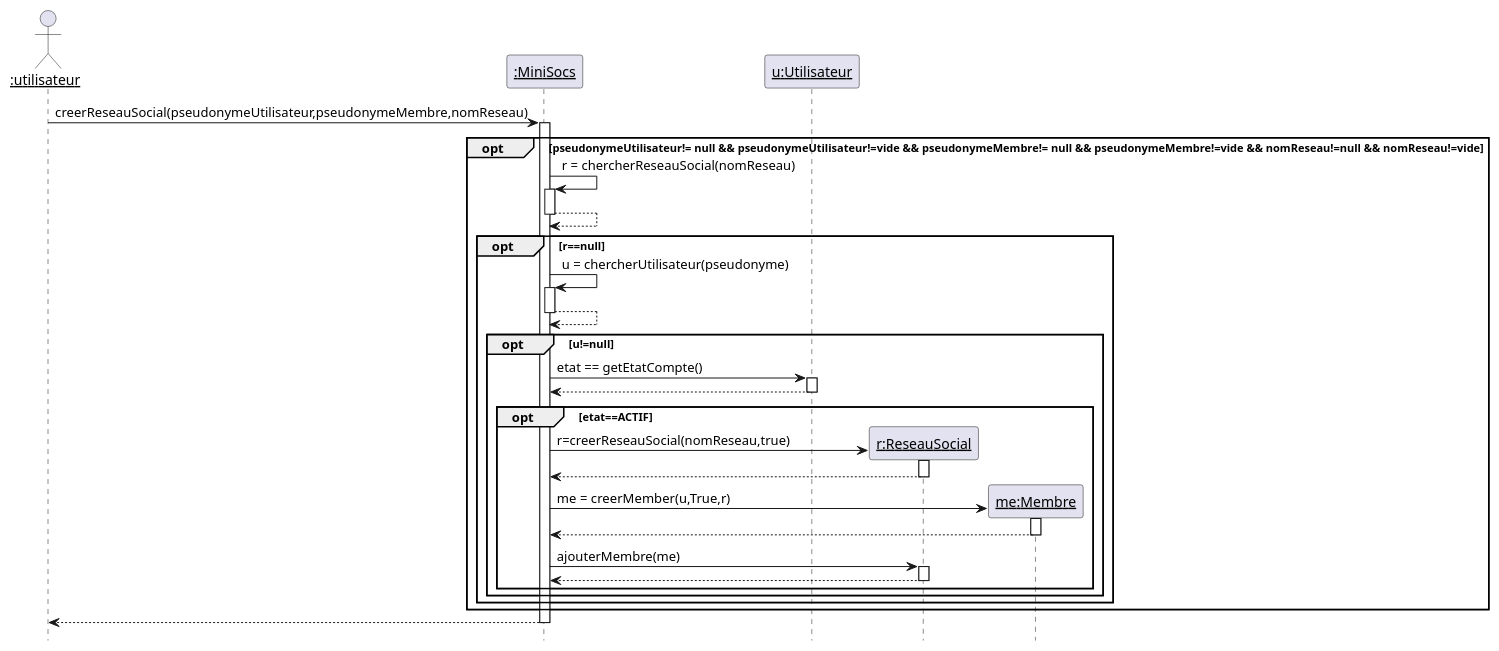
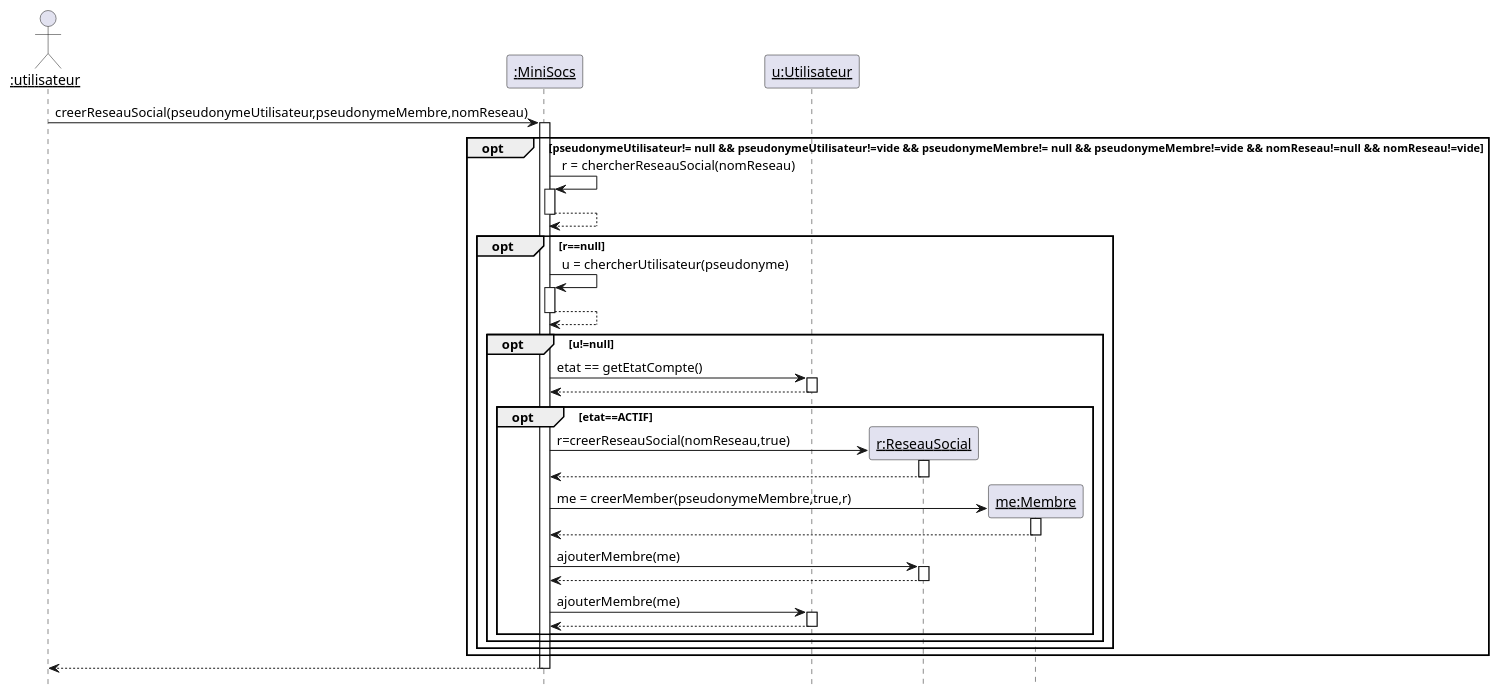
One commit to yesminete/MiniSocs changed the diagram in Diagrammes/minisocs_uml_diag_seq_creer_reseau_social.pu. Above: the diagram before and after it, drawn with PlantUML. The commit also changed 23 other files, not shown here.

```diff
--- a/Diagrammes/minisocs_uml_diag_seq_creer_reseau_social.pu
+++ b/Diagrammes/minisocs_uml_diag_seq_creer_reseau_social.pu
@@ -1,38 +1,40 @@
 @startuml
 
 'Diagramme de séquence (PLantUML)'
 
 'configuration charte graphique'
 hide footbox
 skinparam sequenceParticiantBackgroundColor White
 skinparam sequenceActorBachkgroundColor White
 
 'Déclaration des acteurs et des participants'
 actor "__:utilisateur__" as u
 participant "__:MiniSocs__" as m
 participant "__u:Utilisateur__" as ui
 u -> m ++: creerReseauSocial(pseudonymeUtilisateur,pseudonymeMembre,nomReseau)
 opt pseudonymeUtilisateur!= null && pseudonymeUtilisateur!=vide && pseudonymeMembre!= null && pseudonymeMembre!=vide && nomReseau!=null && nomReseau!=vide
 m -> m ++: r = chercherReseauSocial(nomReseau)
 return
 opt r==null
 m -> m ++: u = chercherUtilisateur(pseudonyme)
 return
 opt u!=null
 m-> ui ++ : etat == getEtatCompte()
 return
 opt etat==ACTIF
 create "__r:ReseauSocial__" as R
 m -> R++: r=creerReseauSocial(nomReseau,true)
 return
 create "__me:Membre__" as mem
-m ->mem ++ : me = creerMember(u,True,r)
+m ->mem ++ : me = creerMember(pseudonymeMembre,true,r)
 return
 m -> R++ : ajouterMembre(me)
+return
+m -> ui++ : ajouterMembre(me)
 return
 end
 end
 end
 end
 return
 @enduml
```
